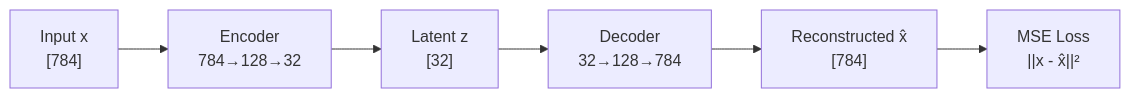
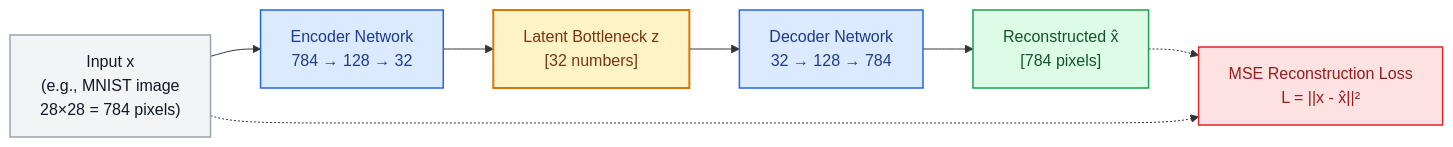
Before and after one commit to vushesh-008/Building_LLM_from_scratch: the first of 4 diagrams in transformers_basics/00_Foundations_and_Pre_Transformers/00b_Reconstruction_Family.md, drawn with Mermaid. The commit also changed other lines of this file, not shown here.

Commit message:
docs: overhaul 00b Reconstruction Family with cross-modality roadmap, LLM/BERT connections, and dark mode diagrams

````diff
--- a/transformers_basics/00_Foundations_and_Pre_Transformers/00b_Reconstruction_Family.md
+++ b/transformers_basics/00_Foundations_and_Pre_Transformers/00b_Reconstruction_Family.md
@@ -15,5 +36,17 @@
 ```mermaid
 flowchart LR
-    X["Input x\n[784]"] --> ENC["Encoder\n784→128→32"] --> Z["Latent z\n[32]"] --> DEC["Decoder\n32→128→784"] --> XH["Reconstructed x̂\n[784]"]
-    XH --> LOSS["MSE Loss\n||x - x̂||²"]
+    X["Input x\n(e.g., MNIST image\n28×28 = 784 pixels)"] --> ENC["Encoder Network\n784 → 128 → 32"]
+    ENC --> Z["Latent Bottleneck z\n[32 numbers]"]
+    Z --> DEC["Decoder Network\n32 → 128 → 784"]
+    DEC --> XH["Reconstructed x̂\n[784 pixels]"]
+    
+    XH -.-> LOSS["MSE Reconstruction Loss\nL = ||x - x̂||²"]
+    X -.-> LOSS
+
+    style X fill:#f3f4f6,stroke:#9ca3af,stroke-width:1.5px,color:#111827
+    style ENC fill:#dbeafe,stroke:#2563eb,stroke-width:1.5px,color:#1e3a8a
+    style Z fill:#fef3c7,stroke:#d97706,stroke-width:2px,color:#78350f
+    style DEC fill:#dbeafe,stroke:#2563eb,stroke-width:1.5px,color:#1e3a8a
+    style XH fill:#dcfce7,stroke:#16a34a,stroke-width:1.5px,color:#14532d
+    style LOSS fill:#fee2e2,stroke:#dc2626,stroke-width:1.5px,color:#991b1b
 ```
````
